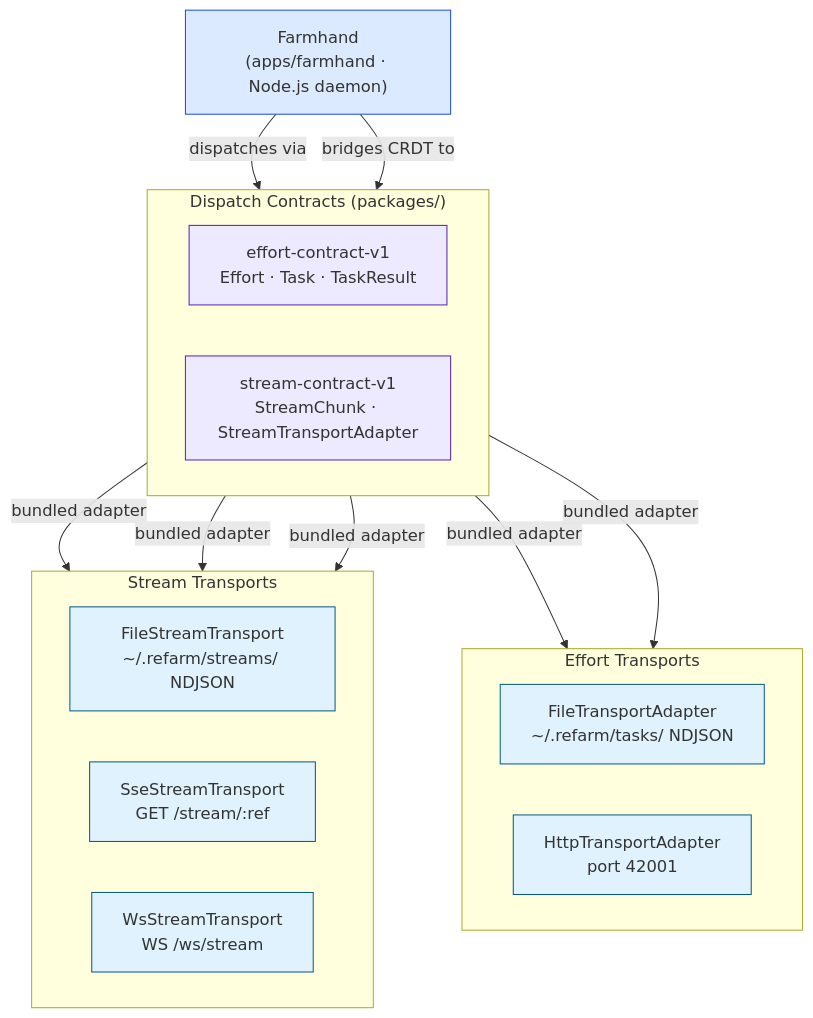
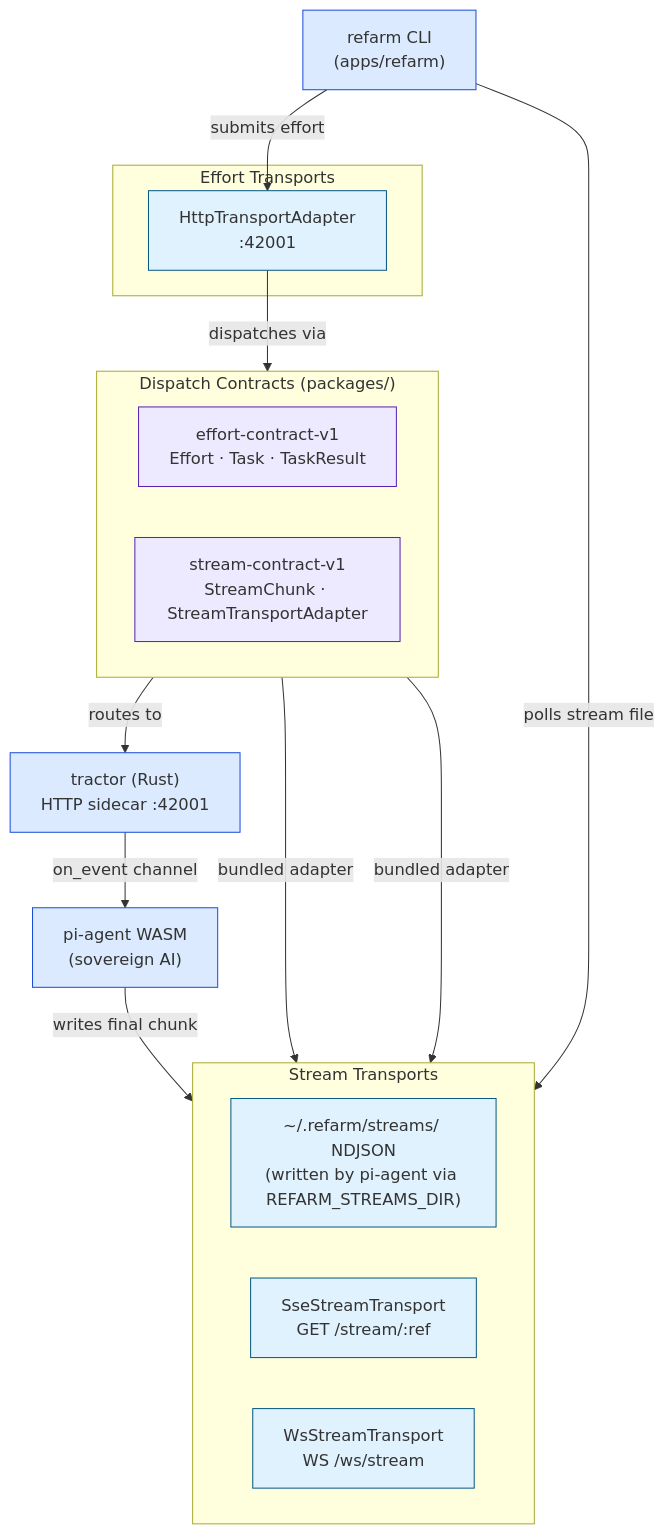
One commit to aretw0/refarm changed the diagram in docs/diagrams/layer-diagram--streams.mermaid. Above: the diagram before and after it, drawn with Mermaid. The commit also changed 8 other files, not shown here.

First line of the commit message:
docs(diagrams): update runtime architecture for tractor Rust authoritative backend

```diff
--- a/docs/diagrams/layer-diagram--streams.mermaid
+++ b/docs/diagrams/layer-diagram--streams.mermaid
@@ -1,39 +1,39 @@
 graph TD
-    Farmhand["Farmhand\n(apps/farmhand · Node.js daemon)"]
+    RefarmCLI["refarm CLI\n(apps/refarm)"]
+    TractorRS["tractor (Rust)\nHTTP sidecar :42001"]
+    PiAgent["pi-agent WASM\n(sovereign AI)"]
 
     subgraph Contracts ["Dispatch Contracts  (packages/)"]
         direction LR
         EffortV1["effort-contract-v1\nEffort · Task · TaskResult"]
         StreamV1["stream-contract-v1\nStreamChunk · StreamTransportAdapter"]
     end
 
     subgraph EffortAdapters ["Effort Transports"]
-        direction LR
-        FileAdapt["FileTransportAdapter\n~/.refarm/tasks/ NDJSON"]
-        HttpAdapt["HttpTransportAdapter\nport 42001"]
+        HttpAdapt["HttpTransportAdapter\n:42001"]
     end
 
     subgraph StreamAdapters ["Stream Transports"]
         direction LR
-        FileStream["FileStreamTransport\n~/.refarm/streams/ NDJSON"]
+        FileStream["~/.refarm/streams/ NDJSON\n(written by pi-agent via REFARM_STREAMS_DIR)"]
         SSEStream["SseStreamTransport\nGET /stream/:ref"]
         WSStream["WsStreamTransport\nWS /ws/stream"]
     end
 
-    Farmhand -->|"dispatches via"| EffortV1
-    Farmhand -->|"bridges CRDT to"| StreamV1
+    RefarmCLI -->|"submits effort"| HttpAdapt
+    HttpAdapt -->|"dispatches via"| EffortV1
+    EffortV1 -->|"routes to"| TractorRS
+    TractorRS -->|"on_event channel"| PiAgent
+    PiAgent -->|"writes final chunk"| FileStream
+    RefarmCLI -->|"polls stream file"| FileStream
 
-    EffortV1 -->|"bundled adapter"| FileAdapt
-    EffortV1 -->|"bundled adapter"| HttpAdapt
-
-    StreamV1 -->|"bundled adapter"| FileStream
     StreamV1 -->|"bundled adapter"| SSEStream
     StreamV1 -->|"bundled adapter"| WSStream
 
     classDef app      fill:#dbeafe,stroke:#1d4ed8,stroke-width:1px;
     classDef contract fill:#ede9fe,stroke:#5b21b6,stroke-width:1px;
     classDef transport fill:#e0f2fe,stroke:#075985,stroke-width:1px;
 
-    class Farmhand app;
+    class RefarmCLI,TractorRS,PiAgent app;
     class EffortV1,StreamV1 contract;
-    class FileAdapt,HttpAdapt,FileStream,SSEStream,WSStream transport;
+    class HttpAdapt,FileStream,SSEStream,WSStream transport;
```
